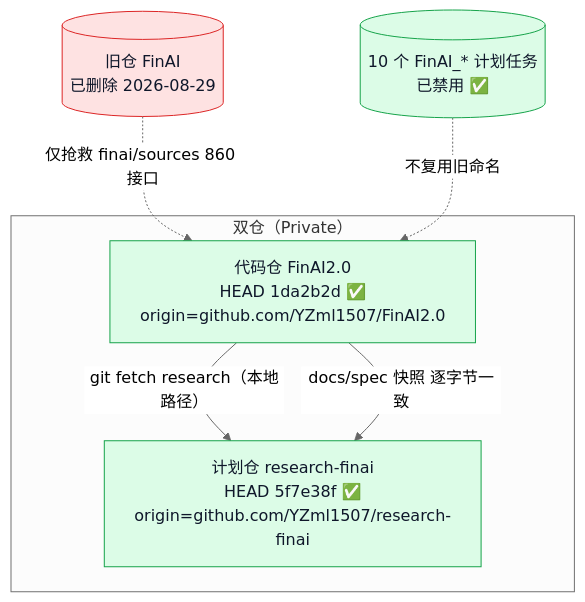
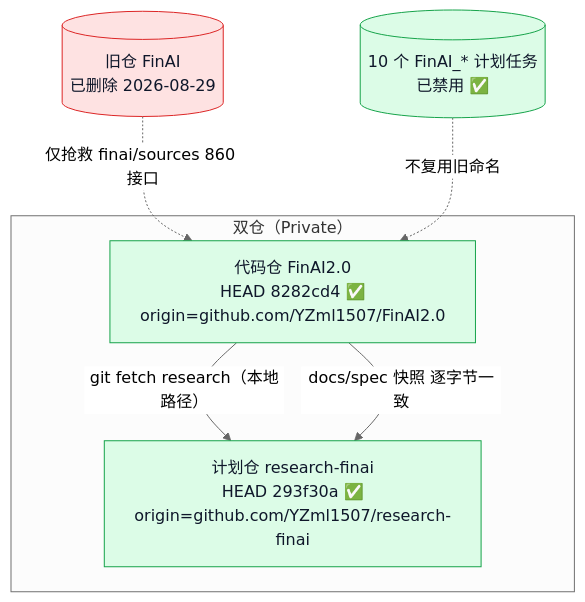
The first of 4 diagrams in docs/project_status_flowchart.md (YZml1507/FinAI2.0), drawn with Mermaid (neutral theme) before and after one commit. The commit also changed other lines of this file and 3 other files, not shown here.

First line of the commit message:
docs: T105/T108 状态标记 — CLAUDE.md §0/§5/§7 + 流程图(md/html) + spec 快照同步(research-finai 293f30a)

````diff
--- a/docs/project_status_flowchart.md
+++ b/docs/project_status_flowchart.md
@@ -9,17 +9,17 @@
 ```mermaid
 flowchart TD
   subgraph REPO["双仓（Private）"]
-    F[代码仓 FinAI2.0<br/>HEAD 1da2b2d ✅<br/>origin=github.com/YZml1507/FinAI2.0] 
-    R[计划仓 research-finai<br/>HEAD 5f7e38f ✅<br/>origin=github.com/YZml1507/research-finai]
+    F[代码仓 FinAI2.0<br/>HEAD 8282cd4 ✅<br/>origin=github.com/YZml1507/FinAI2.0] 
+    R[计划仓 research-finai<br/>HEAD 293f30a ✅<br/>origin=github.com/YZml1507/research-finai]
     F -->|git fetch research（本地路径）| R
     F -->|docs/spec 快照 逐字节一致| R
   end
   DEL[(旧仓 FinAI<br/>已删除 2026-08-29)]
   TASK[(10 个 FinAI_* 计划任务<br/>已禁用 ✅)]
   DEL -.->|仅抢救 finai/sources 860 接口| F
   TASK -.->|不复用旧命名| F
   style F fill:#dcfce7,stroke:#16a34a,color:#0f172a
   style R fill:#dcfce7,stroke:#16a34a,color:#0f172a
   style DEL fill:#fee2e2,stroke:#dc2626,color:#0f172a
   style TASK fill:#dcfce7,stroke:#16a34a,color:#0f172a
 ```
````
